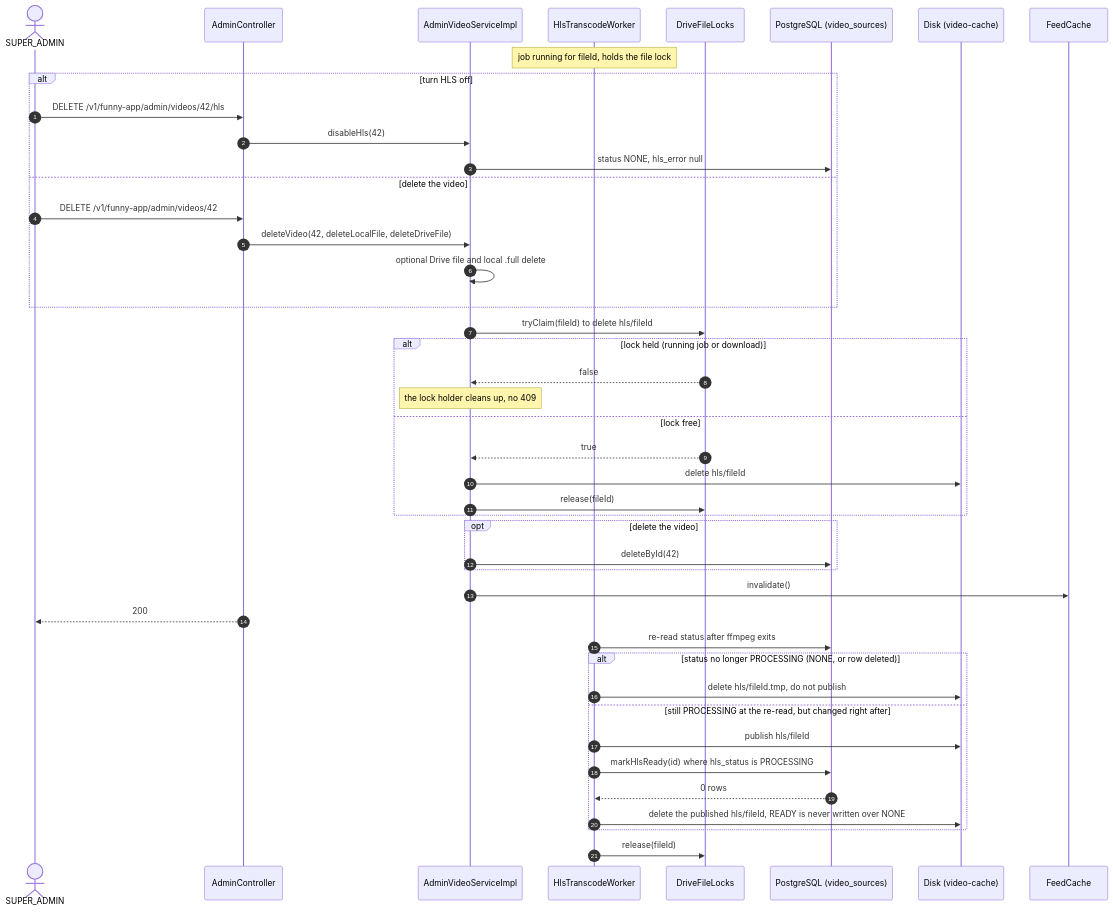
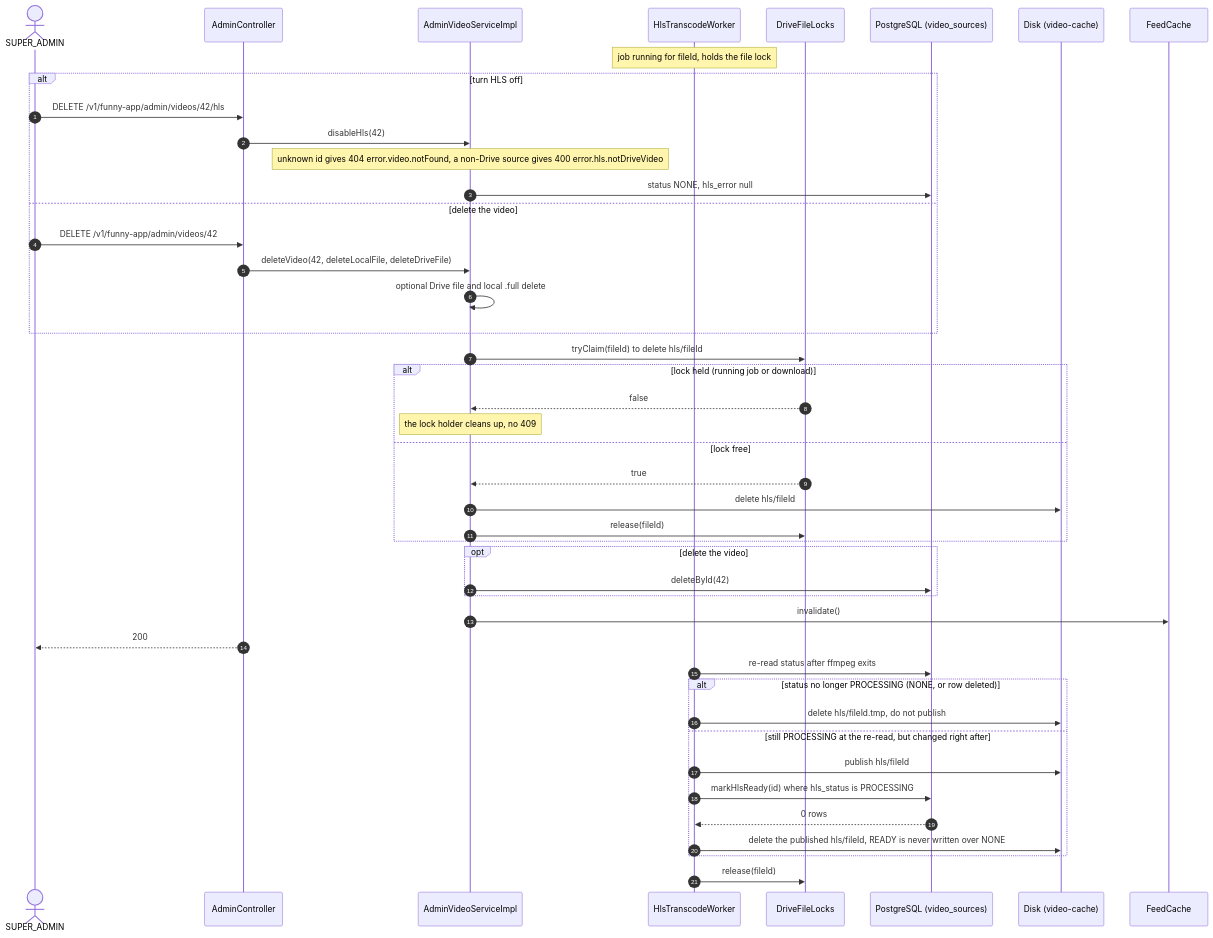
The fifth of 6 diagrams in docs/sequence/sequence-hls-streaming.md (nguyenhuuca/assessment), drawn with Mermaid before and after one commit. The commit also changed other lines of this file and 16 other files, not shown here.

First line of the commit message:
docs(sequence): bring all sequence diagrams in line with the current code

````diff
--- a/docs/sequence/sequence-hls-streaming.md
+++ b/docs/sequence/sequence-hls-streaming.md
@@ -220,48 +235,49 @@
 ```mermaid
 sequenceDiagram
     autonumber
     actor SA as SUPER_ADMIN
     participant API as AdminController
     participant S as AdminVideoServiceImpl
     participant W as HlsTranscodeWorker
     participant L as DriveFileLocks
     participant DB as PostgreSQL (video_sources)
     participant FS as Disk (video-cache)
     participant FC as FeedCache
 
     Note over W: job running for fileId, holds the file lock
     alt turn HLS off
         SA->>API: DELETE /v1/funny-app/admin/videos/42/hls
         API->>S: disableHls(42)
+        Note over S: unknown id gives 404 error.video.notFound, a non-Drive source gives 400 error.hls.notDriveVideo
         S->>DB: status NONE, hls_error null
     else delete the video
         SA->>API: DELETE /v1/funny-app/admin/videos/42
         API->>S: deleteVideo(42, deleteLocalFile, deleteDriveFile)
         S->>S: optional Drive file and local .full delete
     end
     S->>L: tryClaim(fileId) to delete hls/fileId
     alt lock held (running job or download)
         L-->>S: false
         Note over S: the lock holder cleans up, no 409
     else lock free
         L-->>S: true
         S->>FS: delete hls/fileId
         S->>L: release(fileId)
     end
     opt delete the video
         S->>DB: deleteById(42)
     end
     S->>FC: invalidate()
     API-->>SA: 200
 
     W->>DB: re-read status after ffmpeg exits
     alt status no longer PROCESSING (NONE, or row deleted)
         W->>FS: delete hls/fileId.tmp, do not publish
     else still PROCESSING at the re-read, but changed right after
         W->>FS: publish hls/fileId
         W->>DB: markHlsReady(id) where hls_status is PROCESSING
         DB-->>W: 0 rows
         W->>FS: delete the published hls/fileId, READY is never written over NONE
     end
     W->>L: release(fileId)
 ```
````
